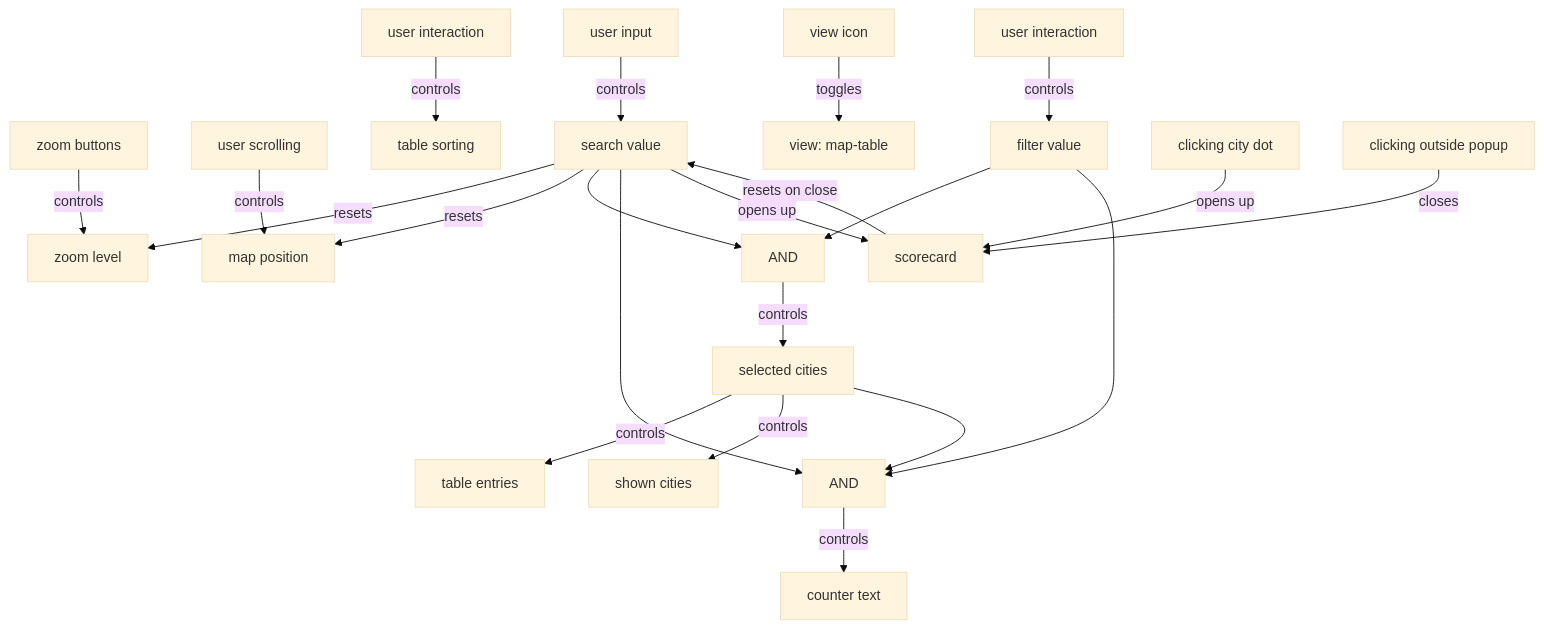
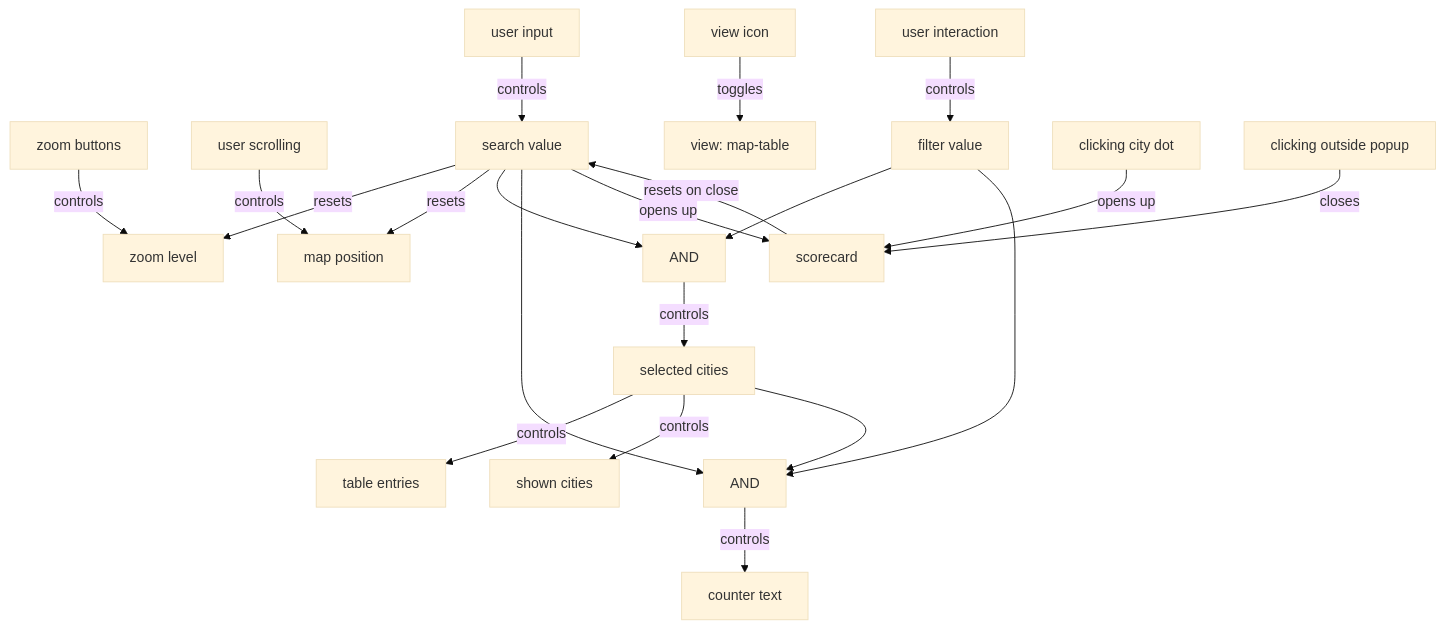
The diagram in README.md (ParkingReformNetwork/reform-map), drawn with Mermaid (base theme) before and after one commit.

Commit message:
Remove table sorting

````diff
--- a/README.md
+++ b/README.md
@@ -155,66 +155,61 @@
 ```mermaid
 graph TD
     E[zoom buttons]
     F[zoom level]
 
     G[map position]
     H[user scrolling]
 
     Q[table entries]
-
-    R[table sorting]
-    S[user interaction]
 
     T[counter text]
     AE[AND]
 
     U[filter value]
     V[user interaction]
 
     X[search value]
     Y[user input]
 
     Z[view icon]
     AA[view: map-table]
 
     AB[selected cities]
     AC[AND]
 
     AD[shown cities]
 
     AF[scorecard]
     AG[clicking city dot]
     AH[clicking outside popup]
 
     %% Relationships
     Z -->|toggles| AA
-
-    S -->|controls| R
 
     E -->|controls| F
     X -->|resets| F
 
     H -->|controls| G
     X -->|resets| G
 
     Y -->|controls| X
 
     V -->|controls| U
 
     X --> AC
     U --> AC
     AC -->|controls| AB
 
     AB -->|controls| Q
     AB -->|controls| AD
 
     X --> AE
     U --> AE
     AB --> AE
     AE -->|controls| T
 
     AG -->|opens up| AF
     AH -->|closes| AF
     X -->|opens up| AF
     AF -->|resets on close| X
 ```
````
